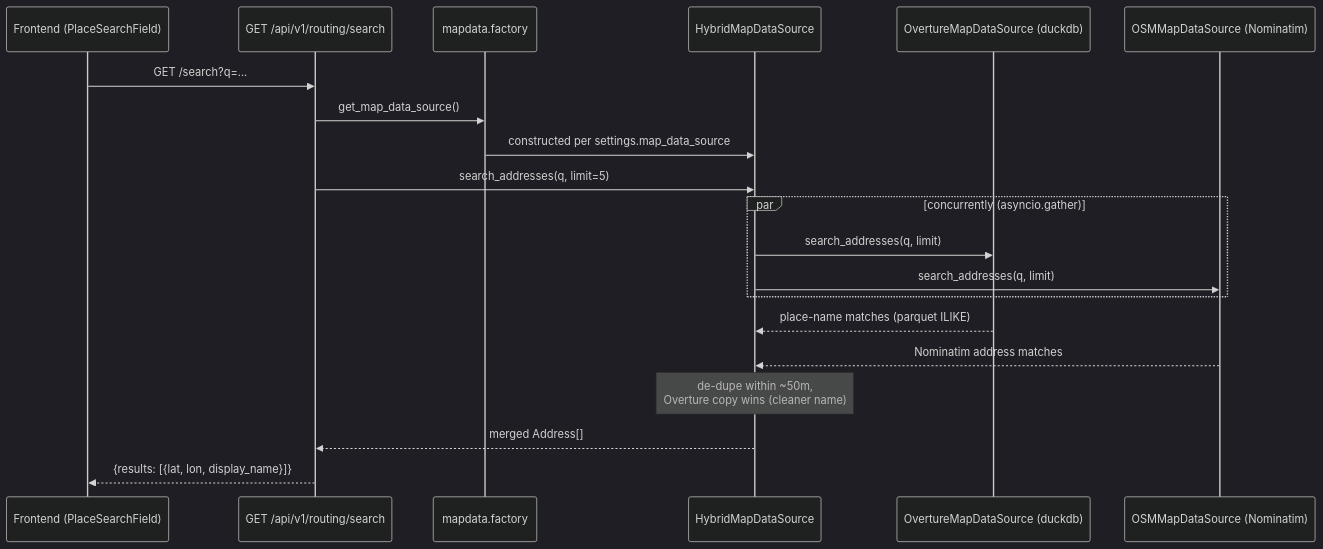
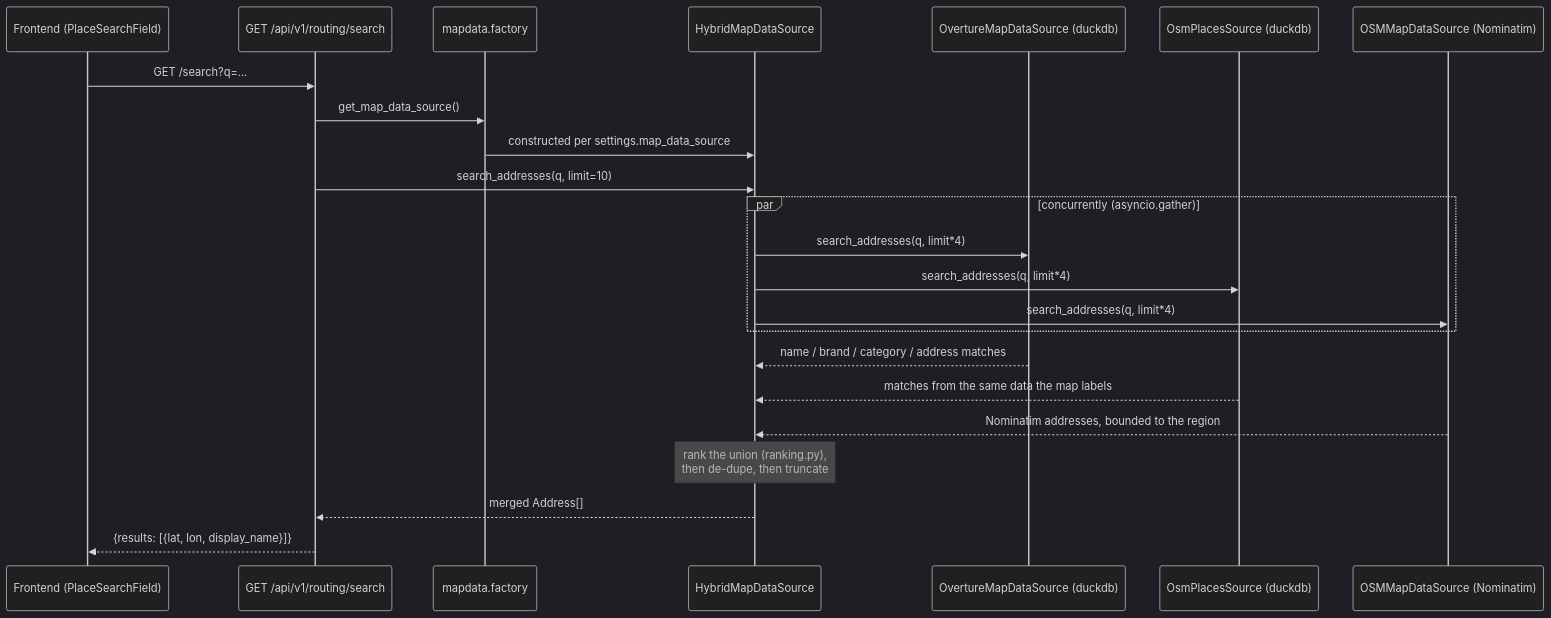
Before and after one commit to bjd273/gloway: the second of 7 diagrams in docs/data-flow.md, drawn with Mermaid (dark theme). The commit also changed other lines of this file and 9 other files, not shown here.

````diff
--- a/docs/data-flow.md
+++ b/docs/data-flow.md
@@ -49,23 +49,26 @@
 ```mermaid
 sequenceDiagram
     participant FE as Frontend (PlaceSearchField)
     participant API as GET /api/v1/routing/search
     participant Factory as mapdata.factory
     participant Hybrid as HybridMapDataSource
     participant Overture as OvertureMapDataSource (duckdb)
+    participant OsmPoi as OsmPlacesSource (duckdb)
     participant OSM as OSMMapDataSource (Nominatim)
 
     FE->>API: GET /search?q=...
     API->>Factory: get_map_data_source()
     Factory->>Hybrid: constructed per settings.map_data_source
-    API->>Hybrid: search_addresses(q, limit=5)
+    API->>Hybrid: search_addresses(q, limit=10)
     par concurrently (asyncio.gather)
-        Hybrid->>Overture: search_addresses(q, limit)
-        Hybrid->>OSM: search_addresses(q, limit)
+        Hybrid->>Overture: search_addresses(q, limit*4)
+        Hybrid->>OsmPoi: search_addresses(q, limit*4)
+        Hybrid->>OSM: search_addresses(q, limit*4)
     end
-    Overture-->>Hybrid: place-name matches (parquet ILIKE)
-    OSM-->>Hybrid: Nominatim address matches
-    Note over Hybrid: de-dupe within ~50m,<br/>Overture copy wins (cleaner name)
+    Overture-->>Hybrid: name / brand / category / address matches
+    OsmPoi-->>Hybrid: matches from the same data the map labels
+    OSM-->>Hybrid: Nominatim addresses, bounded to the region
+    Note over Hybrid: rank the union (ranking.py),<br/>then de-dupe, then truncate
     Hybrid-->>API: merged Address[]
     API-->>FE: {results: [{lat, lon, display_name}]}
 ```
````
